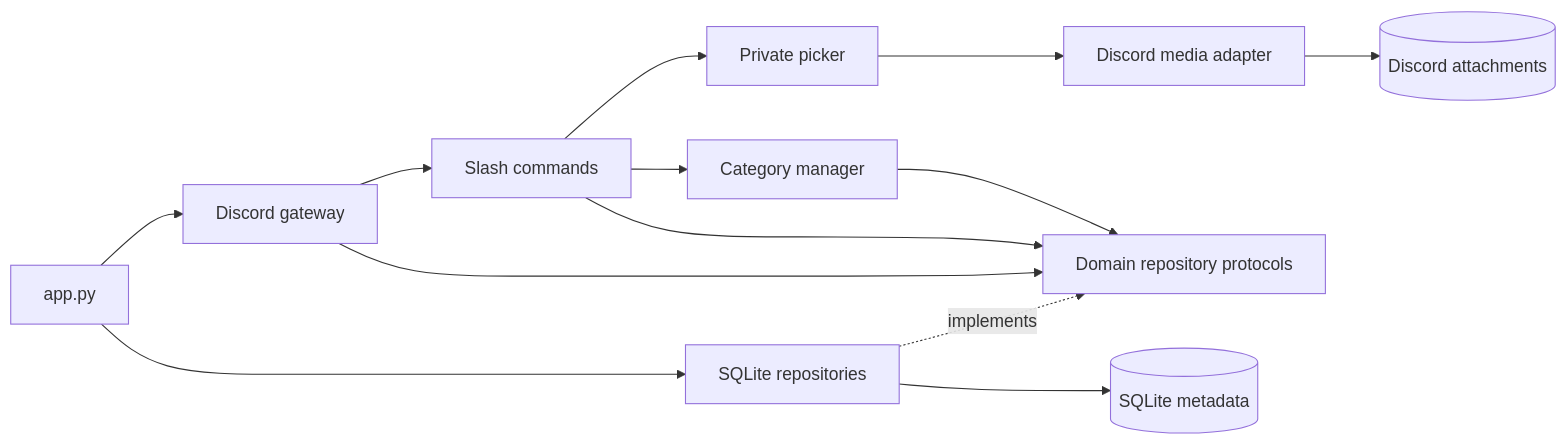
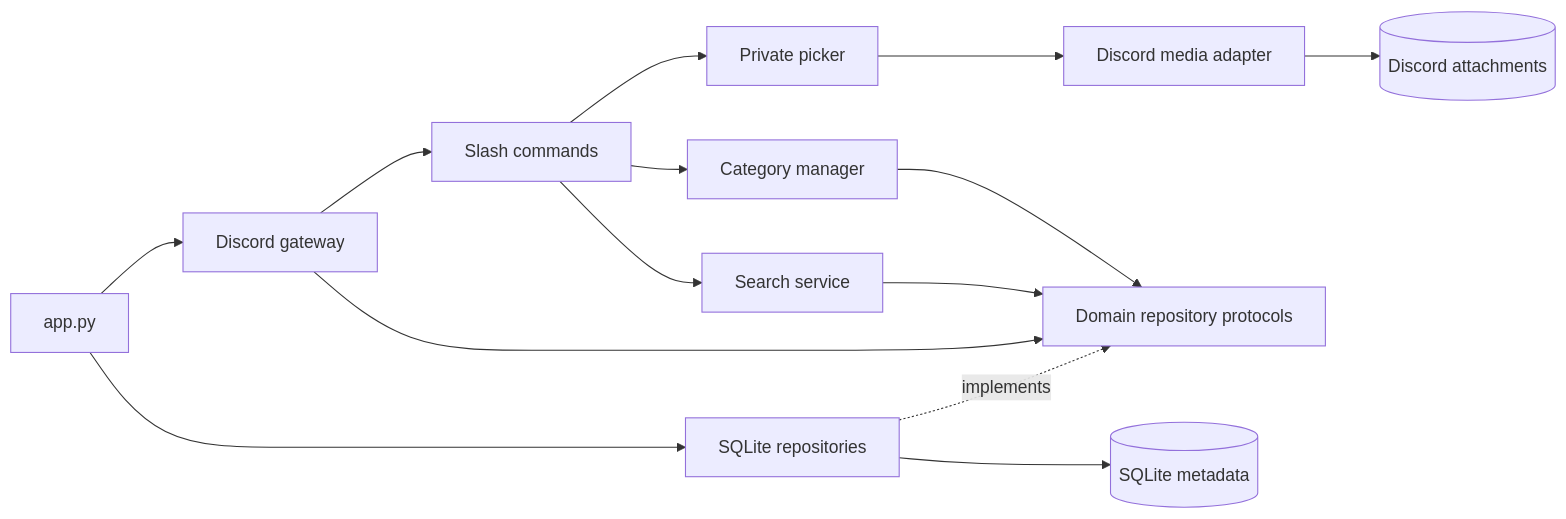
One commit to truongchanbuu/discord-meme-bot changed the diagram in docs/architecture.md. Above: the diagram before and after it, drawn with Mermaid. The commit also changed other lines of this file and 15 other files, not shown here.

Commit message:
feat: add ranked fuzzy search service with RapidFuzz

````diff
--- a/docs/architecture.md
+++ b/docs/architecture.md
@@ -37,15 +39,16 @@
 ```mermaid
 flowchart LR
     App[app.py] --> Bot[Discord gateway]
     App --> SQL[SQLite repositories]
     Bot --> Commands[Slash commands]
     Commands --> Picker[Private picker]
     Commands --> Categories[Category manager]
     Picker --> Media[Discord media adapter]
     Bot --> Contracts[Domain repository protocols]
-    Commands --> Contracts
+    Commands --> Search[Search service]
+    Search --> Contracts
     Categories --> Contracts
     SQL -. implements .-> Contracts
     SQL --> DB[(SQLite metadata)]
     Media --> Discord[(Discord attachments)]
 ```
````
